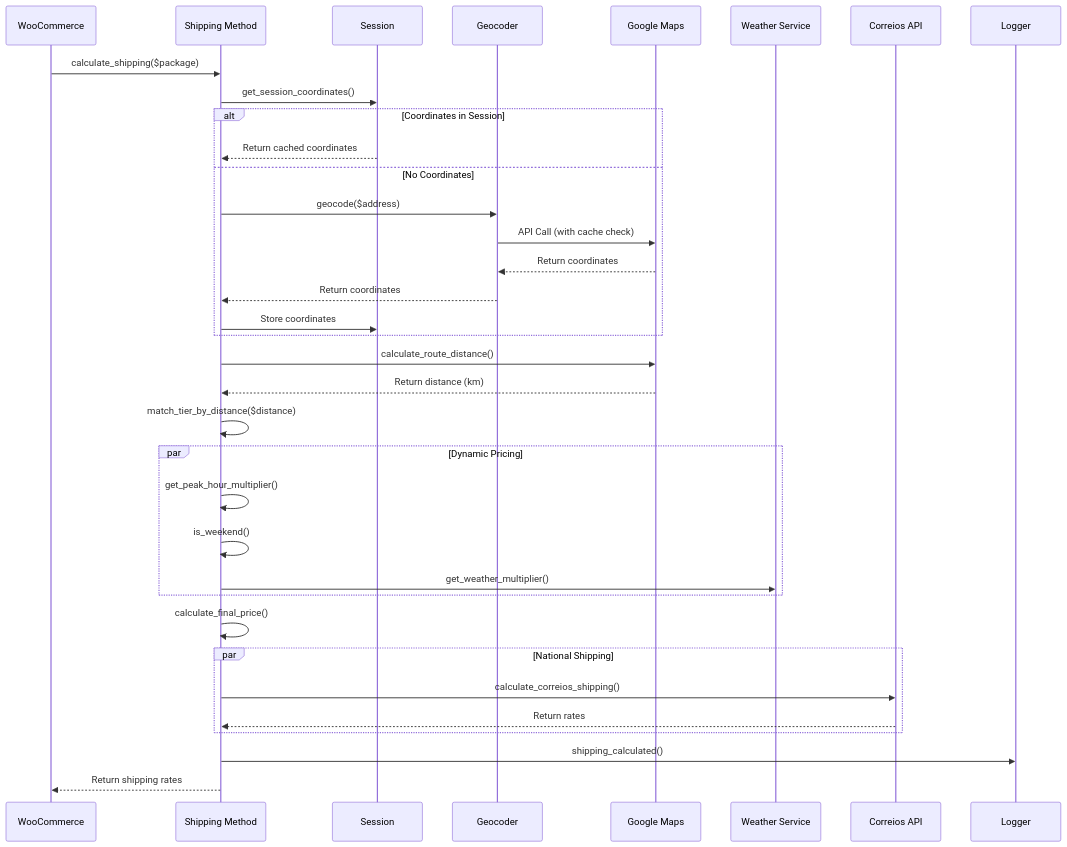
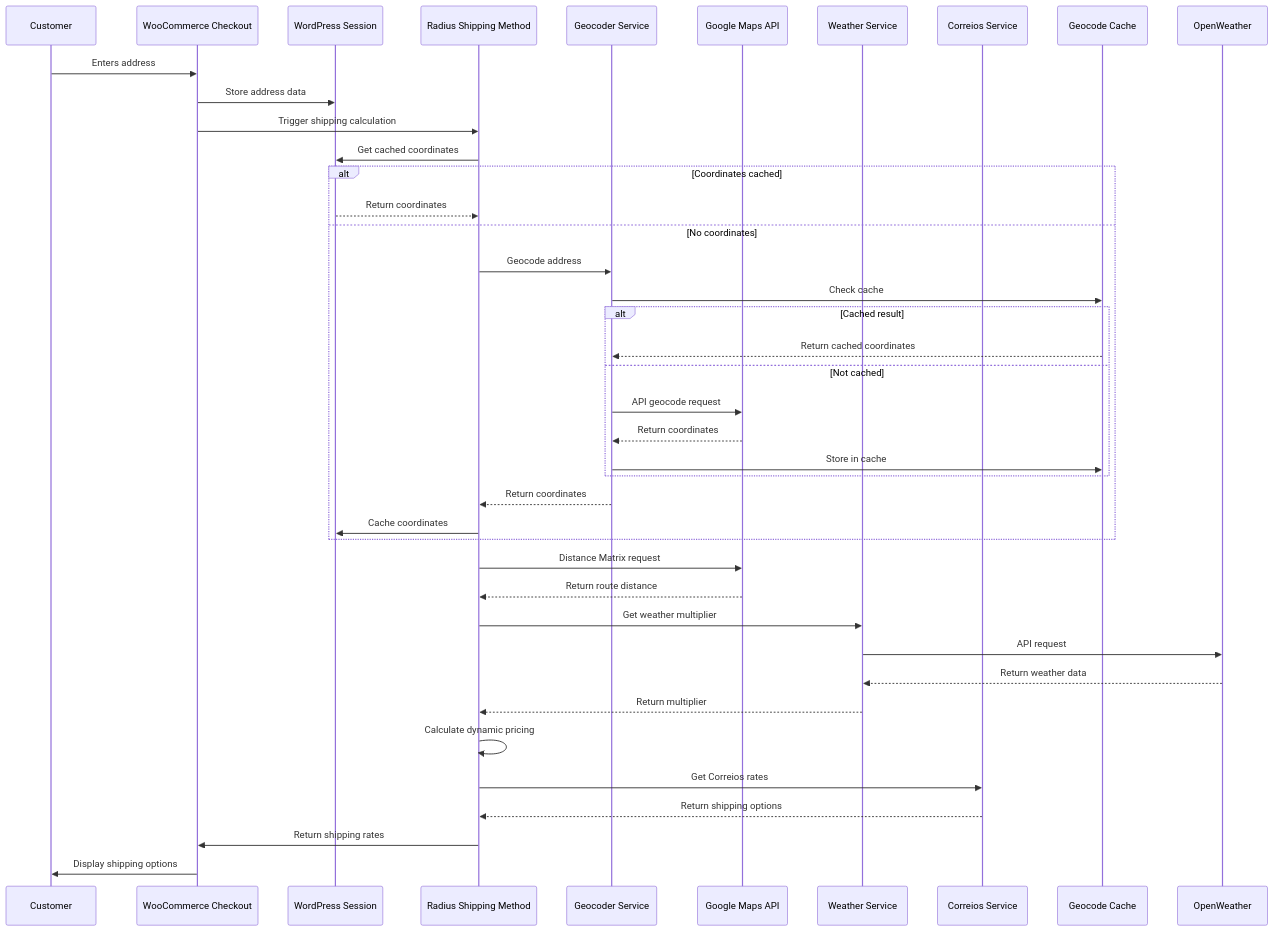
The fourth of 5 diagrams in docs/ARCHITECTURE.md (gustavofullstack/Woo_envios), drawn with Mermaid before and after one commit. The commit also changed other lines of this file and 5 other files, not shown here.

````diff
--- a/docs/ARCHITECTURE.md
+++ b/docs/ARCHITECTURE.md
@@ -226,45 +395,48 @@
 ```mermaid
 sequenceDiagram
-    participant WC as WooCommerce
-    participant SM as Shipping Method
-    participant SESS as Session
-    participant GEO as Geocoder
-    participant GM as Google Maps
-    participant WTH as Weather Service
-    participant COR as Correios API
-    participant LOG as Logger
-
-    WC->>SM: calculate_shipping($package)
-    SM->>SESS: get_session_coordinates()
+    participant Customer
+    participant Checkout as WooCommerce Checkout
+    participant Session as WordPress Session
+    participant Shipping as Radius Shipping Method
+    participant Geocoder as Geocoder Service
+    participant GMaps as Google Maps API
+    participant Weather as Weather Service
+    participant Correios as Correios Service
+    participant Cache as Geocode Cache
     
-    alt Coordinates in Session
-        SESS-->>SM: Return cached coordinates
-    else No Coordinates
-        SM->>GEO: geocode($address)
-        GEO->>GM: API Call (with cache check)
-        GM-->>GEO: Return coordinates
-        GEO-->>SM: Return coordinates
-        SM->>SESS: Store coordinates
+    Customer->>Checkout: Enters address
+    Checkout->>Session: Store address data
+    Checkout->>Shipping: Trigger shipping calculation
+    
+    Shipping->>Session: Get cached coordinates
+    alt Coordinates cached
+        Session-->>Shipping: Return coordinates
+    else No coordinates
+        Shipping->>Geocoder: Geocode address
+        Geocoder->>Cache: Check cache
+        alt Cached result
+            Cache-->>Geocoder: Return cached coordinates
+        else Not cached
+            Geocoder->>GMaps: API geocode request
+            GMaps-->>Geocoder: Return coordinates
+            Geocoder->>Cache: Store in cache
+        end
+        Geocoder-->>Shipping: Return coordinates
+        Shipping->>Session: Cache coordinates
     end
     
-    SM->>GM: calculate_route_distance()
-    GM-->>SM: Return distance (km)
+    Shipping->>GMaps: Distance Matrix request
+    GMaps-->>Shipping: Return route distance
     
-    SM->>SM: match_tier_by_distance($distance)
+    Shipping->>Weather: Get weather multiplier
+    Weather->>OpenWeather: API request
+    OpenWeather-->>Weather: Return weather data
+    Weather-->>Shipping: Return multiplier
     
-    par Dynamic Pricing
-        SM->>SM: get_peak_hour_multiplier()
-        SM->>SM: is_weekend()
-        SM->>WTH: get_weather_multiplier()
-    end
+    Shipping->>Shipping: Calculate dynamic pricing
+    Shipping->>Correios: Get Correios rates
+    Correios-->>Shipping: Return shipping options
     
-    SM->>SM: calculate_final_price()
-    
-    par National Shipping
-        SM->>COR: calculate_correios_shipping()
-        COR-->>SM: Return rates
-    end
-    
-    SM->>LOG: shipping_calculated()
-    SM-->>WC: Return shipping rates
+    Shipping->>Checkout: Return shipping rates
+    Checkout->>Customer: Display shipping options
 ```
````
